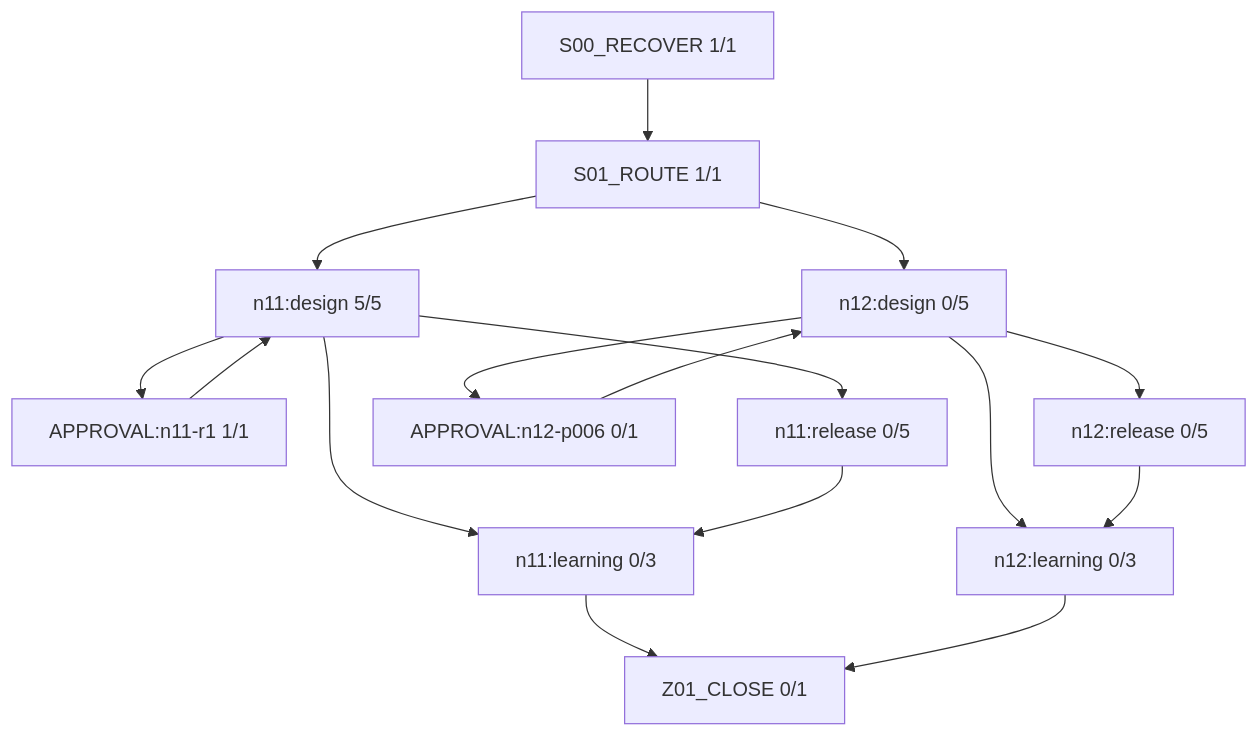
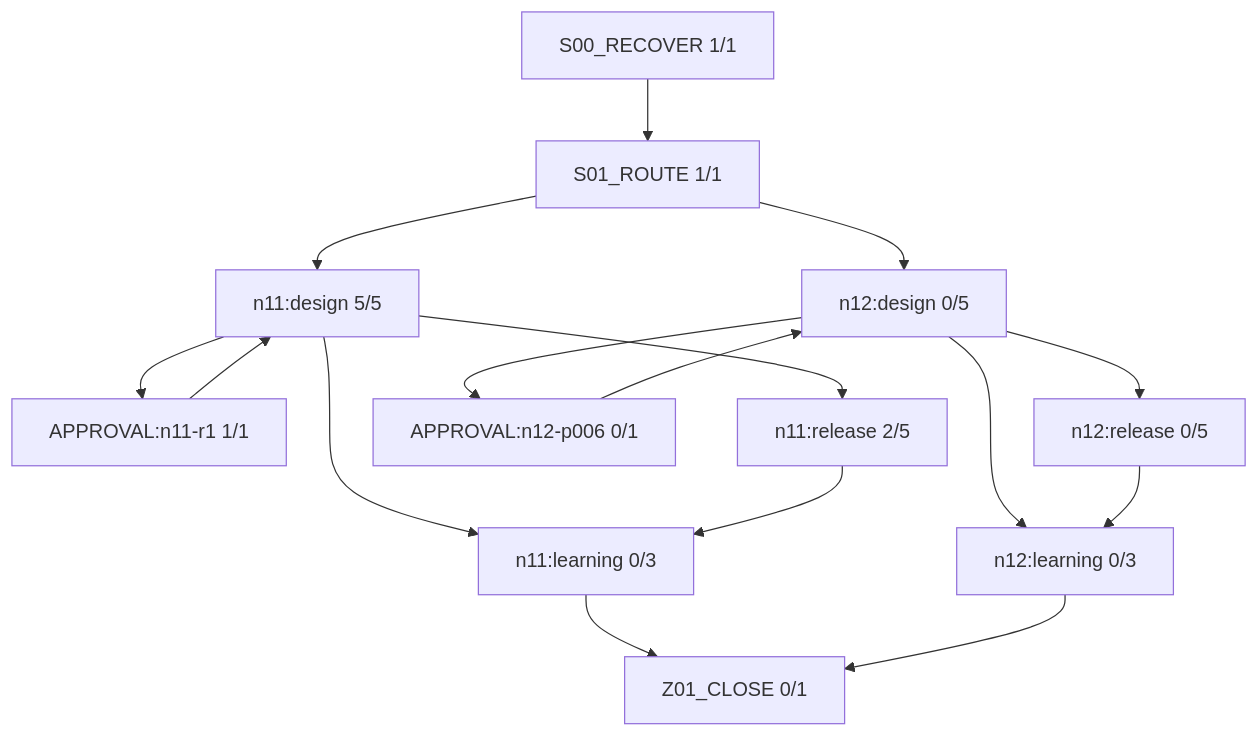
One commit to rrikunagasige-dot/kyotsu-step-web changed the diagram in work/items/W-MATH-047-n1112-guided-review/generated/FIRE_DIAGRAM.md. Above: the diagram before and after it, drawn with Mermaid. The commit also changed other lines of this file and 290 other files, not shown here.

````diff
--- a/work/items/W-MATH-047-n1112-guided-review/generated/FIRE_DIAGRAM.md
+++ b/work/items/W-MATH-047-n1112-guided-review/generated/FIRE_DIAGRAM.md
@@ -5,29 +5,29 @@
 ```mermaid
 flowchart TD
   N0["S00_RECOVER 1/1"]
   N1["S01_ROUTE 1/1"]
   N2["n11:design 5/5"]
   N3["APPROVAL:n11-r1 1/1"]
-  N4["n11:release 0/5"]
+  N4["n11:release 2/5"]
   N5["n12:design 0/5"]
   N6["APPROVAL:n12-p006 0/1"]
   N7["n12:release 0/5"]
   N8["n11:learning 0/3"]
   N9["n12:learning 0/3"]
   N10["Z01_CLOSE 0/1"]
   N3 --> N2
   N6 --> N5
   N0 --> N1
   N1 --> N2
   N1 --> N5
   N2 --> N3
   N2 --> N8
   N2 --> N4
   N8 --> N10
   N4 --> N8
   N5 --> N6
   N5 --> N9
   N5 --> N7
   N9 --> N10
   N7 --> N9
 ```
````
